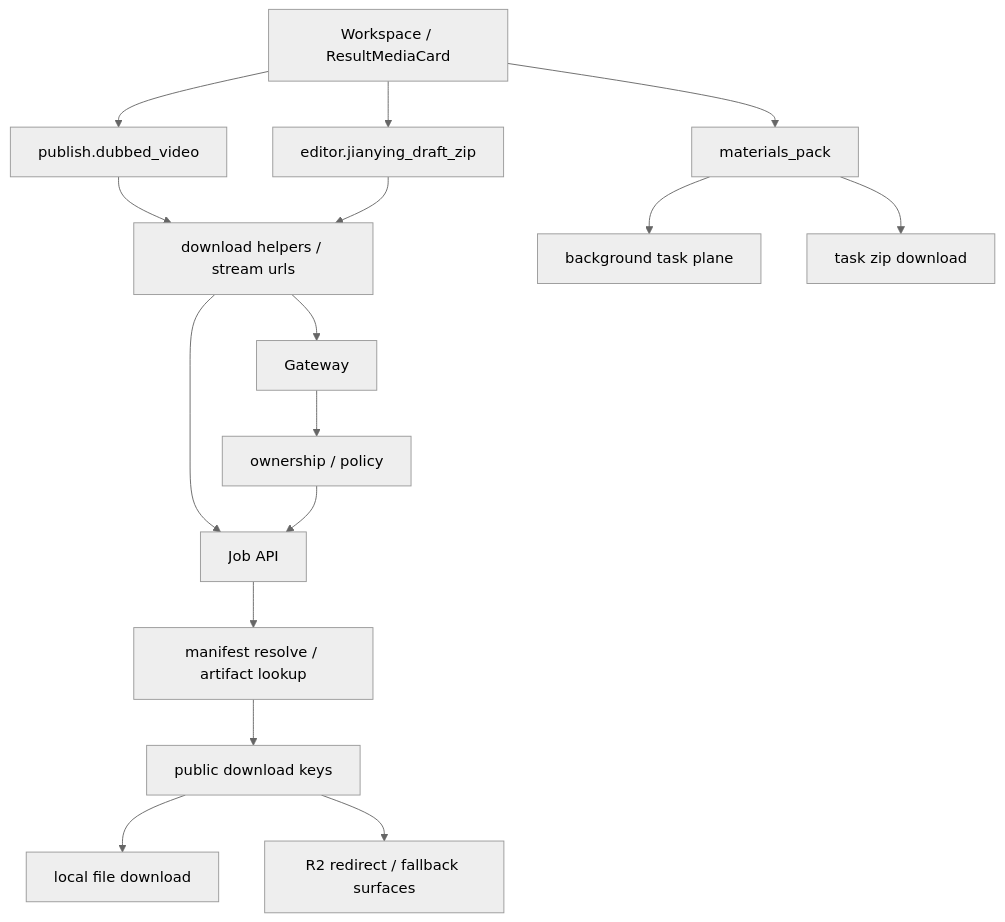
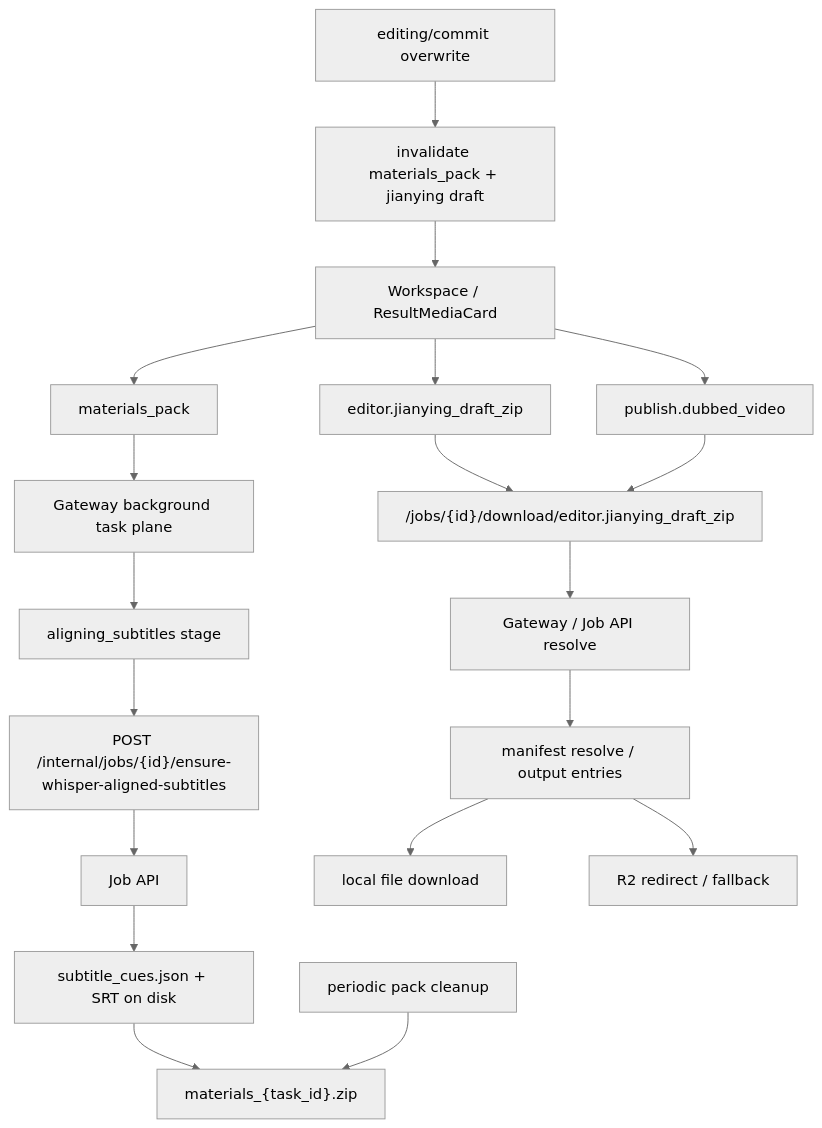
One commit to sun9bear/AITransVideo changed the diagram in docs/graphs/GITNEXUS_STORAGE_DELIVERY_R2_GRAPH.md. Above: the diagram before and after it, drawn with Mermaid (neutral theme). The commit also changed other lines of this file and 7 other files, not shown here.

Commit message:
docs(graphs): refresh GitNexus graphs to 482b315

````diff
--- a/docs/graphs/GITNEXUS_STORAGE_DELIVERY_R2_GRAPH.md
+++ b/docs/graphs/GITNEXUS_STORAGE_DELIVERY_R2_GRAPH.md
@@ -16,23 +16,25 @@
 ```mermaid
 graph TD
     ResultUI["Workspace / ResultMediaCard"] --> Video["publish.dubbed_video"]
     ResultUI --> Pack["materials_pack"]
     ResultUI --> JDraft["editor.jianying_draft_zip"]
 
-    Video --> FrontDownloads["download helpers / stream urls"]
-    Pack --> TaskPlane["background task plane"]
-    JDraft --> FrontDownloads
+    Pack --> TaskPlane["Gateway background task plane"]
+    TaskPlane --> PreAlign["aligning_subtitles stage"]
+    PreAlign --> EnsureApi["POST /internal/jobs/{id}/ensure-whisper-aligned-subtitles"]
+    EnsureApi --> JobApi["Job API"]
+    JobApi --> OnDiskSrt["subtitle_cues.json + SRT on disk"]
+    OnDiskSrt --> PackZip["materials_{task_id}.zip"]
 
-    FrontDownloads --> Gateway["Gateway"]
-    FrontDownloads --> JobApi["Job API"]
+    JDraft --> DownloadKey["/jobs/{id}/download/editor.jianying_draft_zip"]
+    Video --> DownloadKey
+    DownloadKey --> Gateway["Gateway / Job API resolve"]
+    Gateway --> Manifest["manifest resolve / output entries"]
+    Manifest --> Local["local file download"]
+    Manifest --> R2["R2 redirect / fallback"]
 
-    Gateway --> Proxy["ownership / policy"]
-    Proxy --> JobApi
+    EditCommit["editing/commit overwrite"] --> Invalidate["invalidate materials_pack + jianying draft"]
+    Invalidate --> ResultUI
 
-    JobApi --> Manifest["manifest resolve / artifact lookup"]
-    Manifest --> PublicKeys["public download keys"]
-    PublicKeys --> Local["local file download"]
-    PublicKeys --> R2["R2 redirect / fallback surfaces"]
-
-    Pack --> TaskDownload["task zip download"]
+    Cleanup["periodic pack cleanup"] --> PackZip
 ```
````
